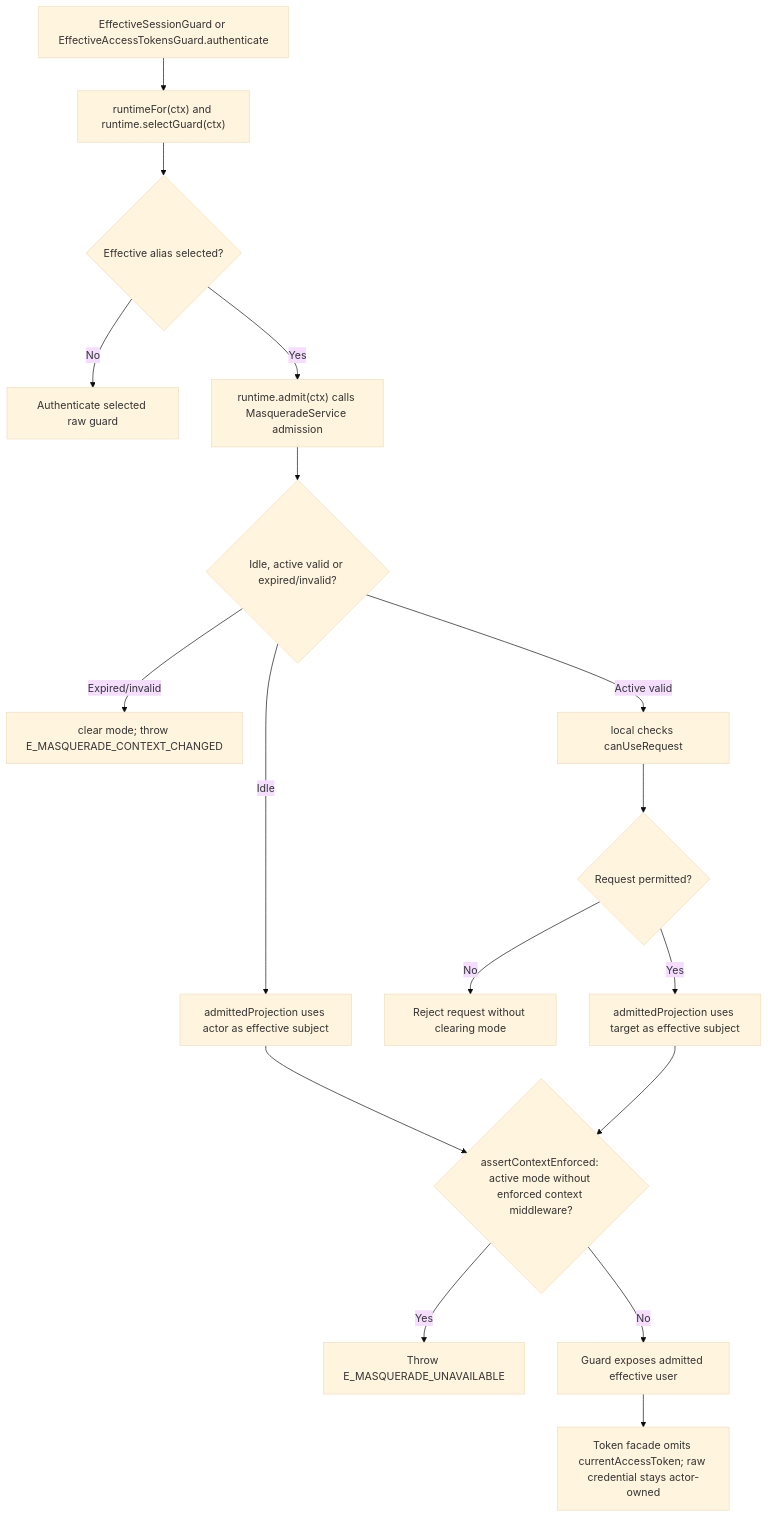
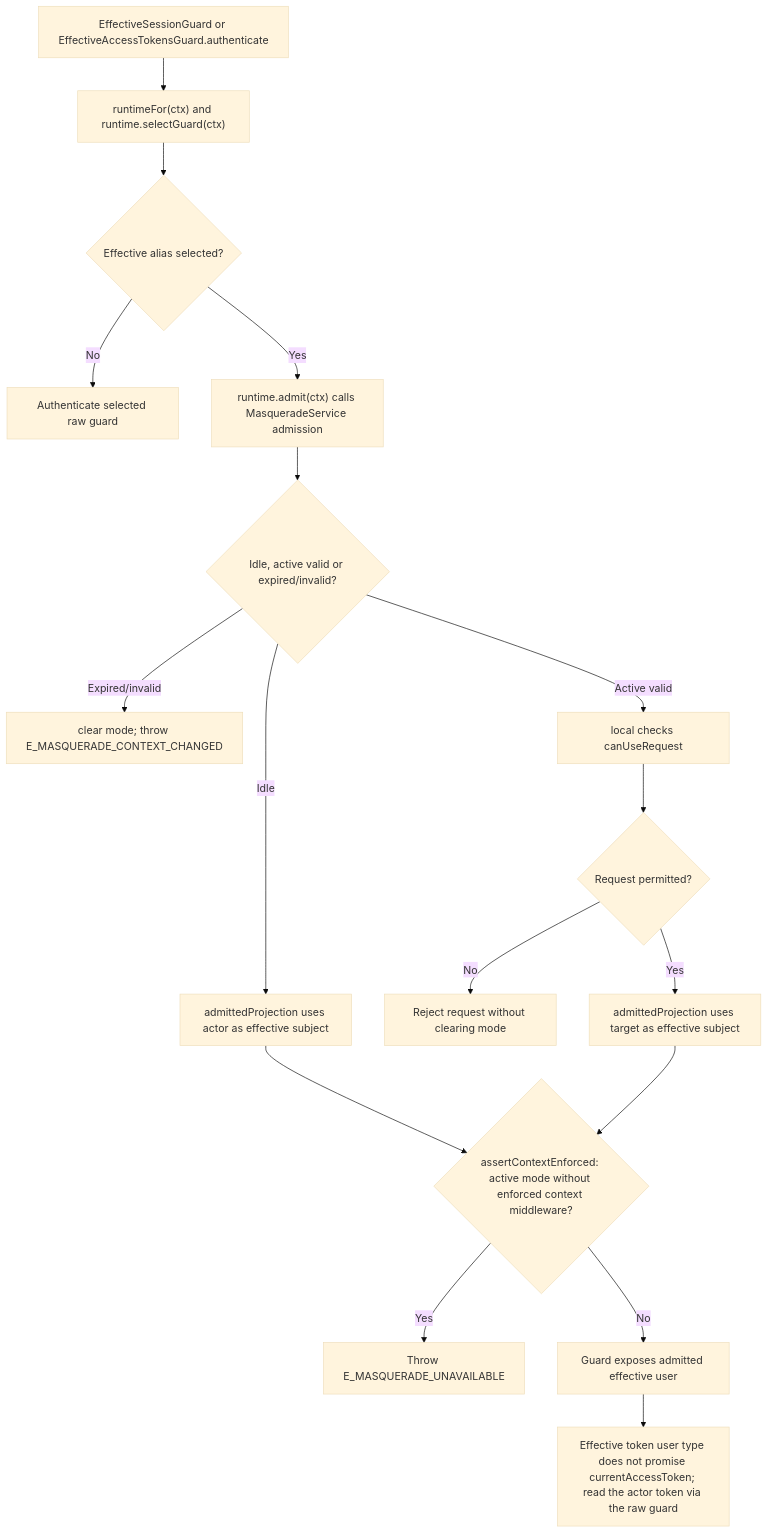
Before and after one commit to Kevinjohn/oss-adonisjs-masquerade: the second of 2 diagrams in user-stories/view-effective-account/us-actor-02-view-effective-account.md, drawn with Mermaid (base theme). The commit also changed other lines of this file and 13 other files, not shown here.

````diff
--- a/user-stories/view-effective-account/us-actor-02-view-effective-account.md
+++ b/user-stories/view-effective-account/us-actor-02-view-effective-account.md
@@ -39,19 +39,19 @@
 ```mermaid
 flowchart TD
     A["EffectiveSessionGuard or EffectiveAccessTokensGuard.authenticate"] --> B["runtimeFor(ctx) and runtime.selectGuard(ctx)"]
     B --> C{"Effective alias selected?"}
     C -->|No| D["Authenticate selected raw guard"]
     C -->|Yes| E["runtime.admit(ctx) calls MasqueradeService admission"]
     E --> F{"Idle, active valid or expired/invalid?"}
     F -->|Idle| G["admittedProjection uses actor as effective subject"]
     F -->|Expired/invalid| H["clear mode; throw E_MASQUERADE_CONTEXT_CHANGED"]
     F -->|Active valid| I["local checks canUseRequest"]
     I --> J{"Request permitted?"}
     J -->|No| K["Reject request without clearing mode"]
     J -->|Yes| L["admittedProjection uses target as effective subject"]
     G --> E2{"assertContextEnforced: active mode without enforced context middleware?"}
     L --> E2
     E2 -->|Yes| Z["Throw E_MASQUERADE_UNAVAILABLE"]
     E2 -->|No| M["Guard exposes admitted effective user"]
-    M --> N["Token facade omits currentAccessToken; raw credential stays actor-owned"]
+    M --> N["Effective token user type does not promise currentAccessToken; read the actor token via the raw guard"]
 ```
````
